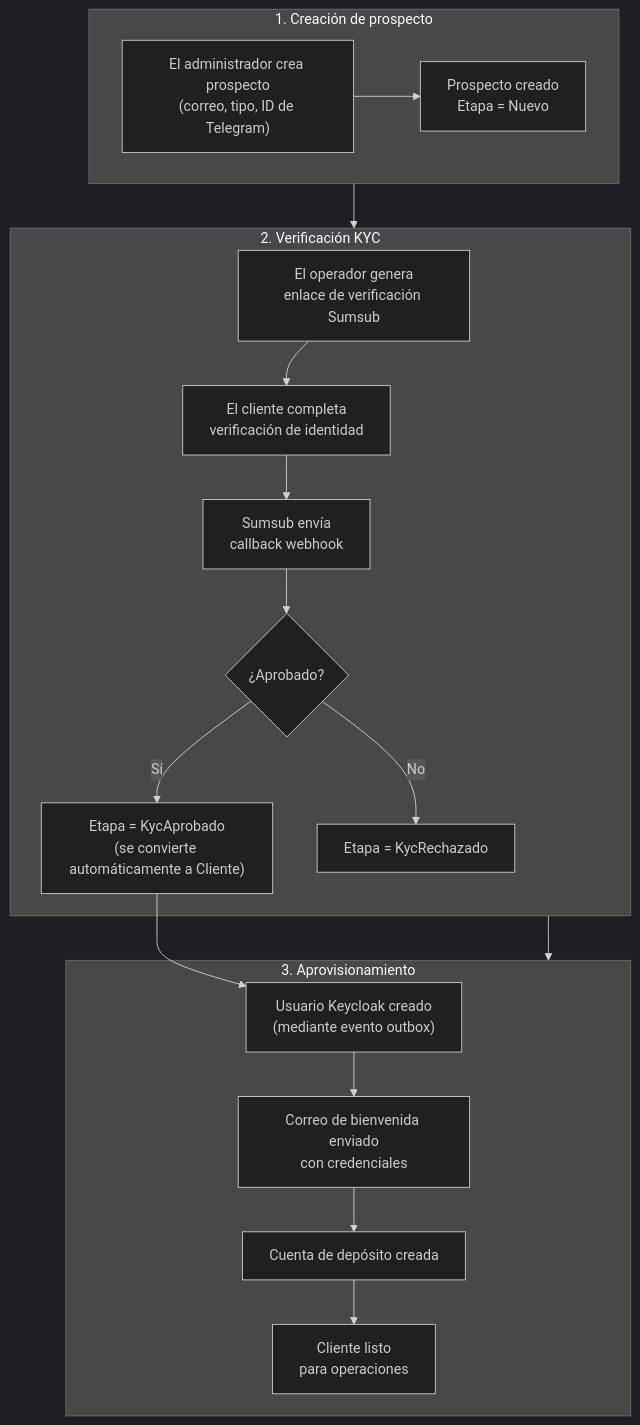
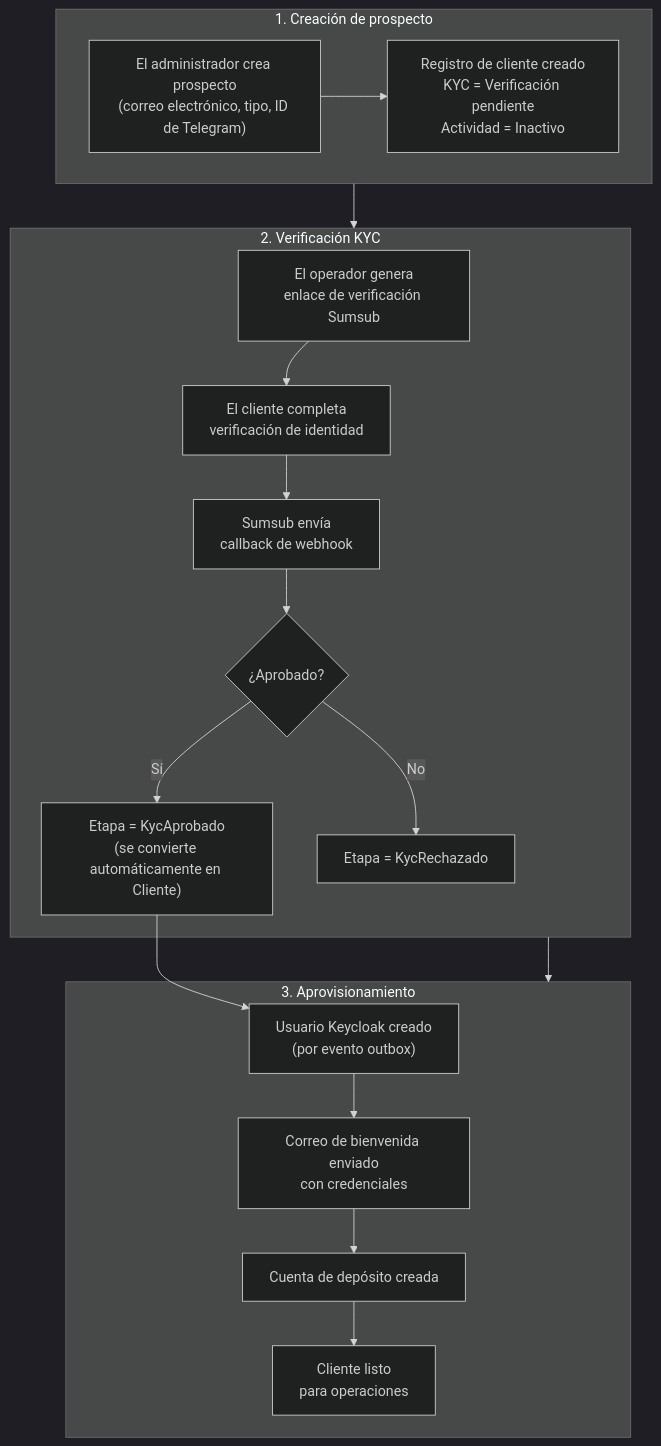
Before and after one commit to GaloyMoney/lana-bank: the diagram in docs-site/i18n/es/docusaurus-plugin-content-docs/current/technical-documentation/customers/onboarding.md, drawn with Mermaid (dark theme). The commit also changed 4 other files, not shown here.

````diff
--- a/docs-site/i18n/es/docusaurus-plugin-content-docs/current/technical-documentation/customers/onboarding.md
+++ b/docs-site/i18n/es/docusaurus-plugin-content-docs/current/technical-documentation/customers/onboarding.md
@@ -13,20 +13,20 @@
 ```mermaid
 graph TD
     subgraph S1["1. Creación de prospecto"]
-        CREATE["El administrador crea prospecto<br/>(correo, tipo, ID de Telegram)"] --> NEW["Prospecto creado<br/>Etapa = Nuevo"]
+        CREATE["El administrador crea prospecto<br/>(correo electrónico, tipo, ID de Telegram)"] --> PENDING["Registro de cliente creado<br/>KYC = Verificación pendiente<br/>Actividad = Inactivo"]
     end
     subgraph S2["2. Verificación KYC"]
-        LINK["El operador genera<br/>enlace de verificación Sumsub"] --> CUST["El cliente completa<br/>verificación de identidad"] --> HOOK["Sumsub envía<br/>callback webhook"]
+        LINK["El operador genera<br/>enlace de verificación Sumsub"] --> CUST["El cliente completa<br/>verificación de identidad"] --> HOOK["Sumsub envía<br/>callback de webhook"]
         HOOK --> RESULT{¿Aprobado?}
-        RESULT -->|Sí| KYCBASIC["Etapa = KycAprobado<br/>(se convierte automáticamente a Cliente)"]
+        RESULT -->|Sí| KYCBASIC["Etapa = KycAprobado<br/>(se convierte automáticamente en Cliente)"]
         RESULT -->|No| KYCDECLINED["Etapa = KycRechazado"]
     end
     subgraph S3["3. Aprovisionamiento"]
-        KYCBASIC --> KC["Usuario Keycloak creado<br/>(mediante evento outbox)"]
+        KYCBASIC --> KC["Usuario Keycloak creado<br/>(por evento outbox)"]
         KC --> EMAIL["Correo de bienvenida enviado<br/>con credenciales"]
         EMAIL --> DEPACC["Cuenta de depósito creada"]
         DEPACC --> ACTIVE["Cliente listo<br/>para operaciones"]
     end
     S1 --> S2
     S2 --> S3
 ```
````
